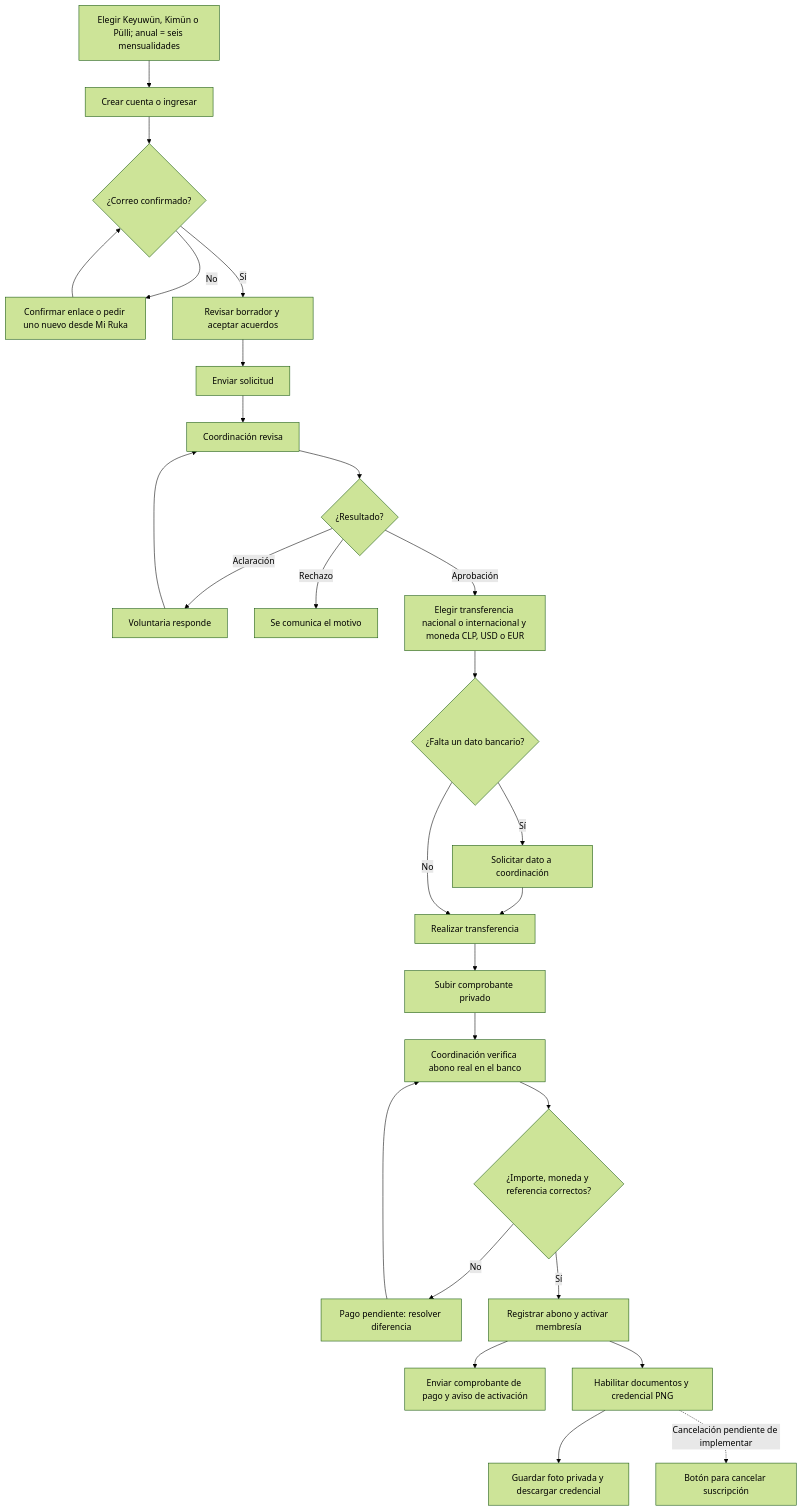
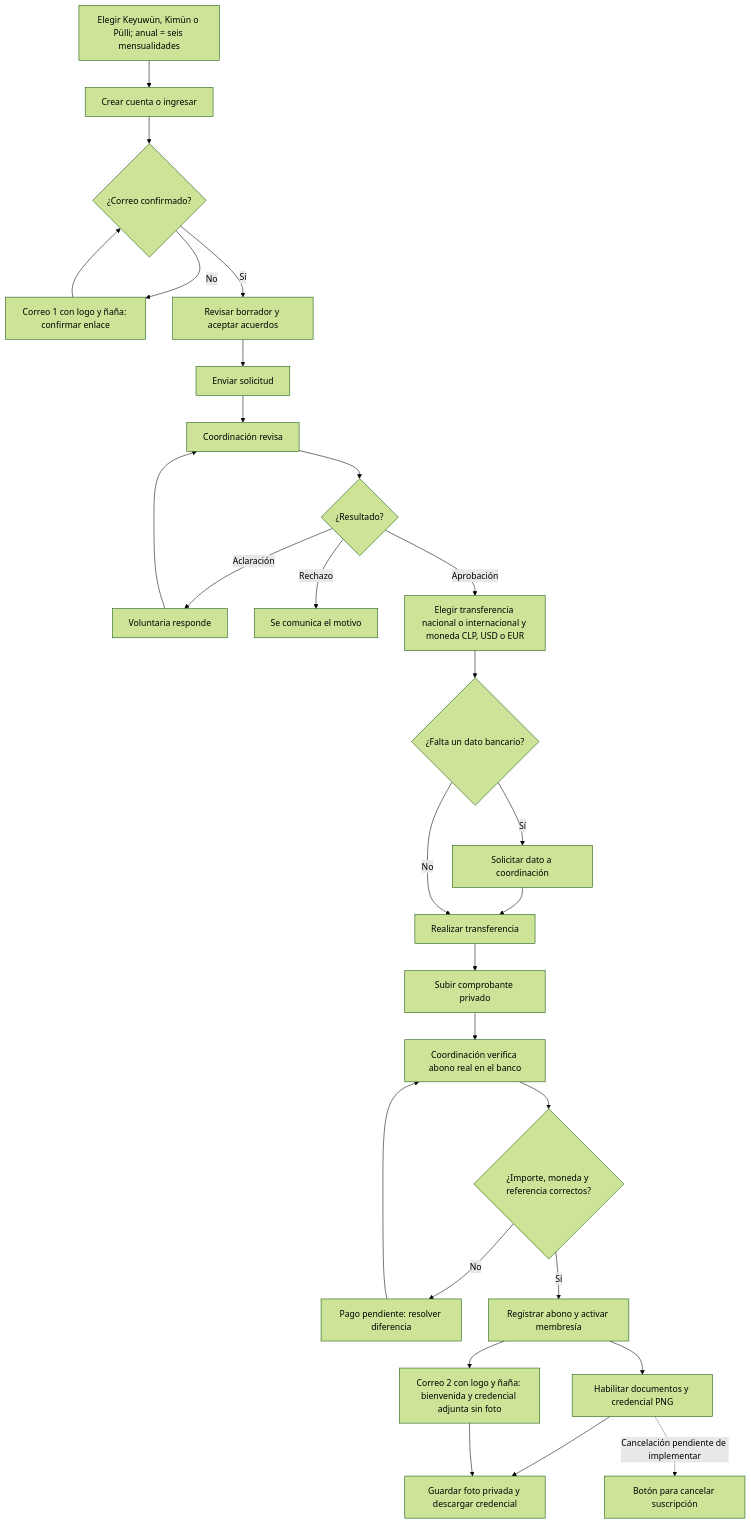
Before and after one commit to alejandrasolismonte-pixel/lasnanas: the diagram in docs/diagrama-flujo-voluntariado.md, drawn with Mermaid (forest theme). The commit also changed other lines of this file and 16 other files, not shown here.

````diff
--- a/docs/diagrama-flujo-voluntariado.md
+++ b/docs/diagrama-flujo-voluntariado.md
@@ -5,29 +5,30 @@
 ```mermaid
 flowchart TD
     A[Elegir Keyuwün, Kimün o Pülli; anual = seis mensualidades] --> B[Crear cuenta o ingresar]
     B --> C{¿Correo confirmado?}
-    C -- No --> D[Confirmar enlace o pedir uno nuevo desde Mi Ruka]
+    C -- No --> D[Correo 1 con logo y ñaña: confirmar enlace]
     D --> C
     C -- Sí --> E[Revisar borrador y aceptar acuerdos]
     E --> F[Enviar solicitud]
     F --> G[Coordinación revisa]
     G --> H{¿Resultado?}
     H -- Aclaración --> I[Voluntaria responde]
     I --> G
     H -- Rechazo --> J[Se comunica el motivo]
     H -- Aprobación --> K[Elegir transferencia nacional o internacional y moneda CLP, USD o EUR]
     K --> L{¿Falta un dato bancario?}
     L -- Sí --> M[Solicitar dato a coordinación]
     M --> N[Realizar transferencia]
     L -- No --> N
     N --> O[Subir comprobante privado]
     O --> P[Coordinación verifica abono real en el banco]
     P --> Q{¿Importe, moneda y referencia correctos?}
     Q -- No --> R[Pago pendiente: resolver diferencia]
     R --> P
     Q -- Sí --> S[Registrar abono y activar membresía]
-    S --> T[Enviar comprobante de pago y aviso de activación]
+    S --> T[Correo 2 con logo y ñaña: bienvenida y credencial adjunta sin foto]
     S --> U[Habilitar documentos y credencial PNG]
     U --> V[Guardar foto privada y descargar credencial]
+    T --> V
     U -. Cancelación pendiente de implementar .-> W[Botón para cancelar suscripción]
 ```
````
